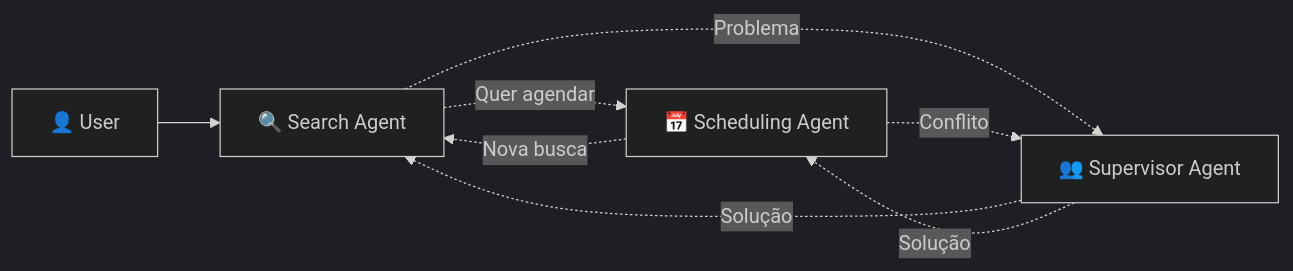
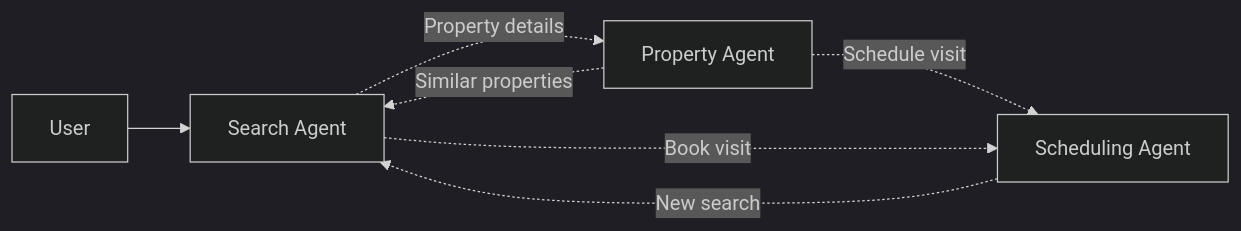
Before and after one commit to SamoraDC/AgenticRealEstateSystem: the diagram in README.md, drawn with Mermaid (dark theme). The commit also changed other lines of this file and 10 other files, not shown here.

````diff
--- a/README.md
+++ b/README.md
@@ -40,10 +44,9 @@
 ```mermaid
 graph LR
-    A[👤 User] --> B[🔍 Search Agent]
-    B -.->|"Quer agendar"| C[📅 Scheduling Agent]  
-    C -.->|"Nova busca"| B
-    B -.->|"Problema"| D[👥 Supervisor Agent]
-    C -.->|"Conflito"| D
-    D -.->|"Solução"| B
-    D -.->|"Solução"| C
+    A[User] --> B[Search Agent]
+    B -.->|Property details| C[Property Agent]  
+    C -.->|Schedule visit| D[Scheduling Agent]
+    D -.->|New search| B
+    B -.->|Book visit| D
+    C -.->|Similar properties| B
 ```
````
